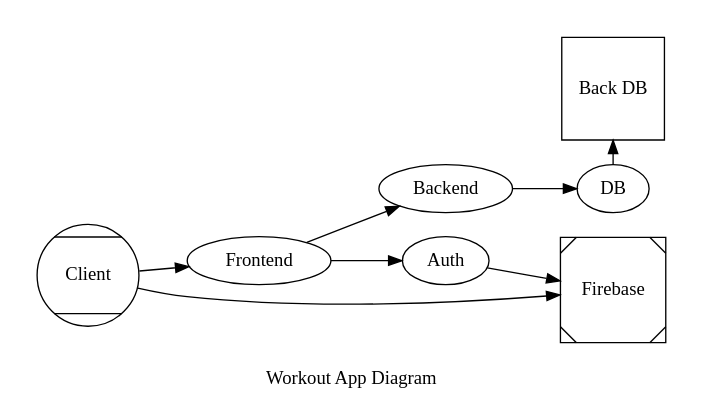
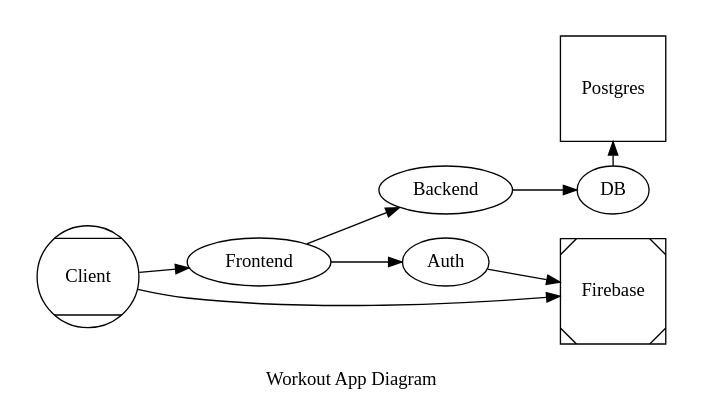
Before and after one commit to bevrist/workout-site: the diagram in docs/diagram.dot, drawn with Graphviz. The commit also changed 1 other file, not shown here.

```diff
--- a/docs/diagram.dot
+++ b/docs/diagram.dot
@@ -1,24 +1,23 @@
 # https://dreampuf.github.io/GraphvizOnline
 
 digraph G {
     rankdir = LR;
     label = "Workout App Diagram";
     Client [shape=Mcircle];
     Firebase [shape=Msquare];
     Frontend;
     Backend;
     DB;
     Auth;
-
-    PostgreSQL [label="Back DB", shape=square];
+    PostgreSQL [label="Postgres", shape=square];
 
     subgraph cluster_0 {
         color = white;
         label = "";
         Client -> Firebase, Frontend;
         Frontend -> Backend, Auth;
         Backend -> DB;
         DB -> PostgreSQL[minlen=0.5];
         Auth -> Firebase;
     }
 }
```
